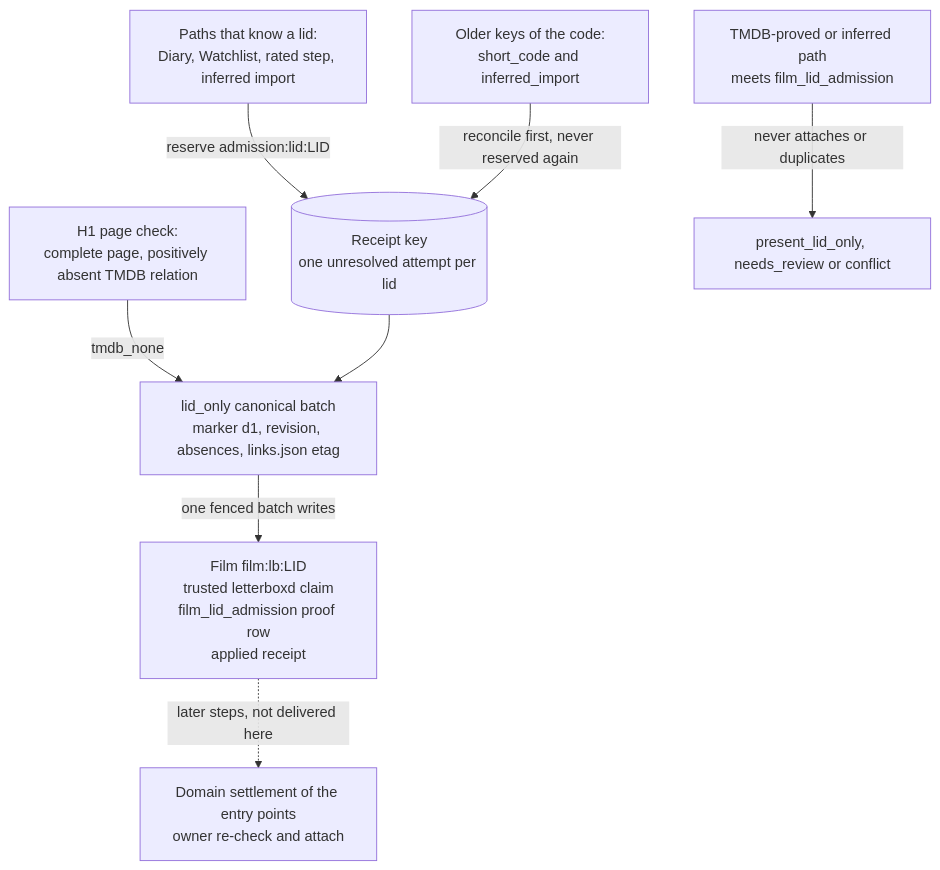
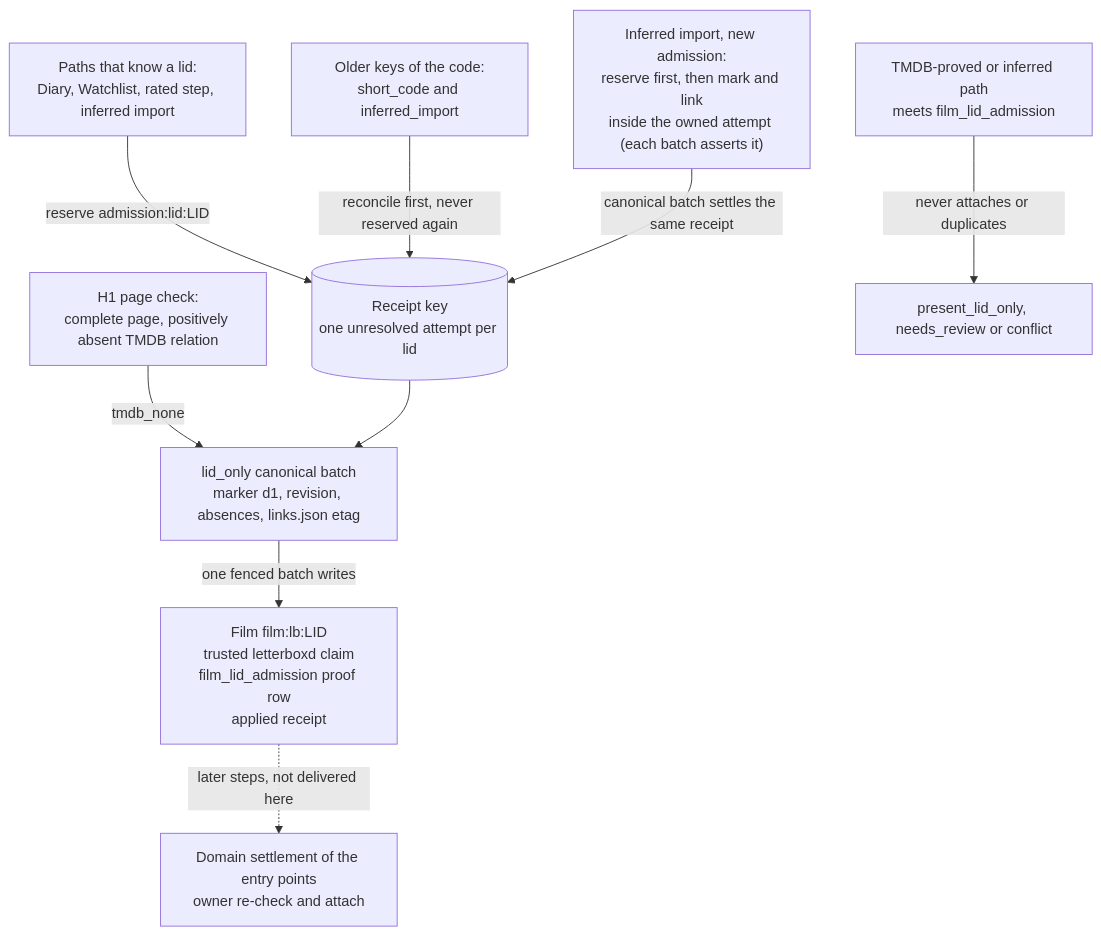
One commit to vladimino/iptv-watchlist changed the ninth of 9 diagrams in docs/architecture/film-person-lifecycle.md. Above: the diagram before and after it, drawn with Mermaid. The commit also changed 8 other files, not shown here.

First line of the commit message:
AIR-672: inferred import reserves the common lid key before its mark and link; owned-attempt assertion in every pre-canonical Ratings batch; integration tests and docs

````diff
--- a/docs/architecture/film-person-lifecycle.md
+++ b/docs/architecture/film-person-lifecycle.md
@@ -279,10 +279,11 @@
 ```mermaid
 flowchart TD
   paths["Paths that know a lid:<br/>Diary, Watchlist, rated step, inferred import"] -->|"reserve admission:lid:LID"| key[("Receipt key<br/>one unresolved attempt per lid")]
   older["Older keys of the code:<br/>short_code and inferred_import"] -->|"reconcile first, never reserved again"| key
   page["H1 page check:<br/>complete page, positively absent TMDB relation"] -->|"tmdb_none"| batch
   key --> batch["lid_only canonical batch<br/>marker d1, revision, absences, links.json etag"]
   batch -->|"one fenced batch writes"| film["Film film:lb:LID<br/>trusted letterboxd claim<br/>film_lid_admission proof row<br/>applied receipt"]
+  inferred["Inferred import, new admission:<br/>reserve first, then mark and link<br/>inside the owned attempt (each batch asserts it)"] -->|"canonical batch settles the same receipt"| key
   tmdb["TMDB-proved or inferred path<br/>meets film_lid_admission"] -->|"never attaches or duplicates"| refused["present_lid_only, needs_review or conflict"]
   film -.->|"later steps, not delivered here"| later["Domain settlement of the entry points<br/>owner re-check and attach"]
 ```
````
